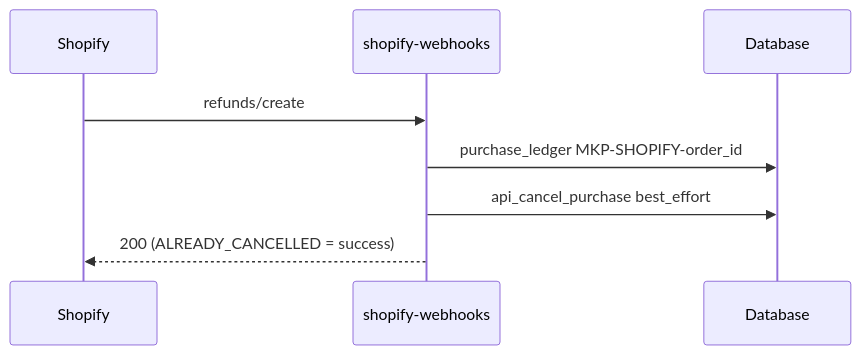
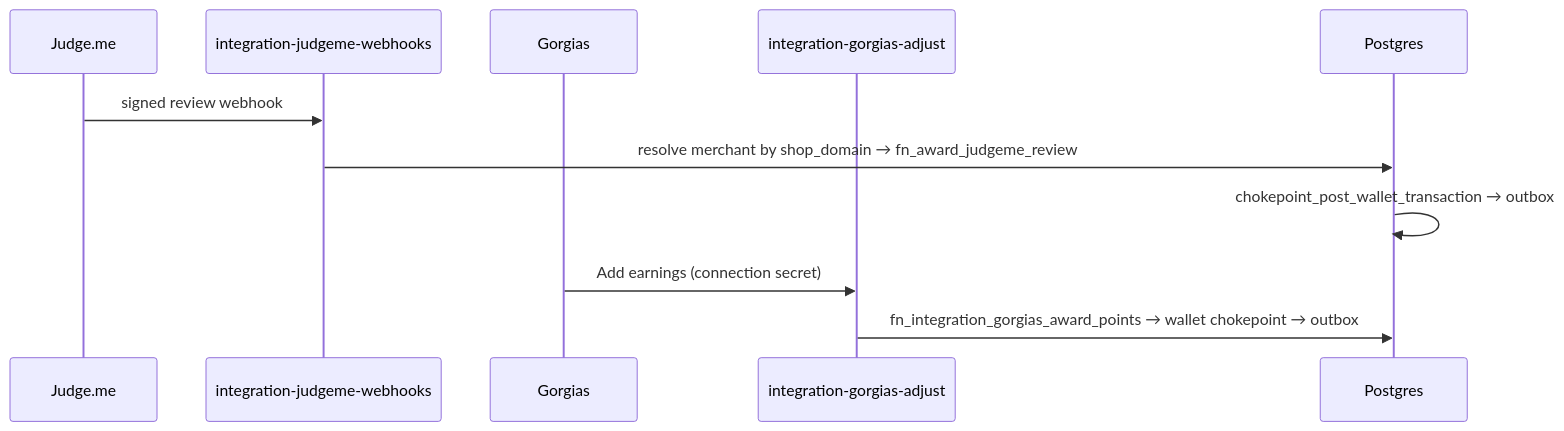
Before and after one commit to Rocket-CRM/supabase-crm: the sixth of 7 diagrams in requirements/Shopify.md, drawn with Mermaid. The commit also changed other lines of this file and 40 other files, not shown here.

````diff
--- a/requirements/Shopify.md
+++ b/requirements/Shopify.md
@@ -271,11 +520,13 @@
 ```mermaid
 sequenceDiagram
-    participant S as Shopify
-    participant EF as shopify-webhooks
-    participant DB as Database
-
-    S->>EF: refunds/create
-    EF->>DB: purchase_ledger MKP-SHOPIFY-order_id
-    EF->>DB: api_cancel_purchase best_effort
-    EF-->>S: 200 (ALREADY_CANCELLED = success)
+  participant JM as Judge.me
+  participant JE as integration-judgeme-webhooks
+  participant GR as Gorgias
+  participant GE as integration-gorgias-adjust
+  participant DB as Postgres
+  JM->>JE: signed review webhook
+  JE->>DB: resolve merchant by shop_domain → fn_award_judgeme_review
+  DB->>DB: chokepoint_post_wallet_transaction → outbox
+  GR->>GE: Add earnings (connection secret)
+  GE->>DB: fn_integration_gorgias_award_points → wallet chokepoint → outbox
 ```
````
